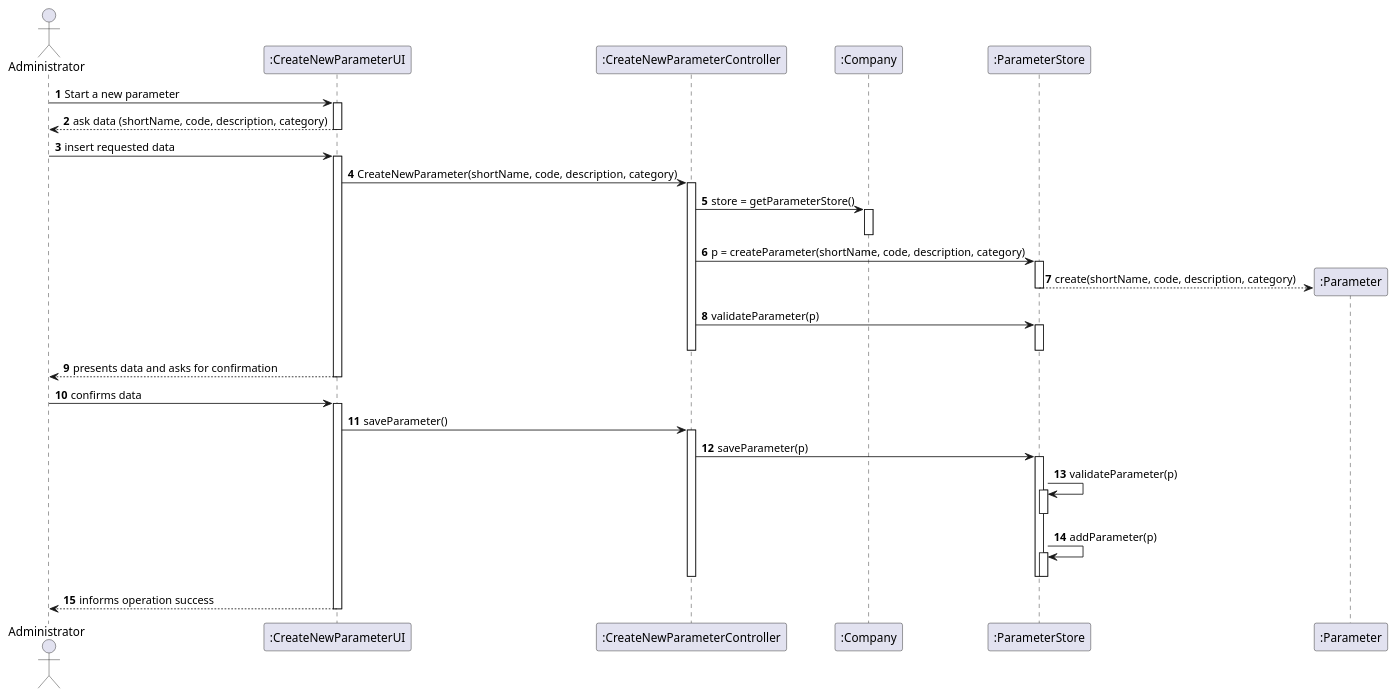
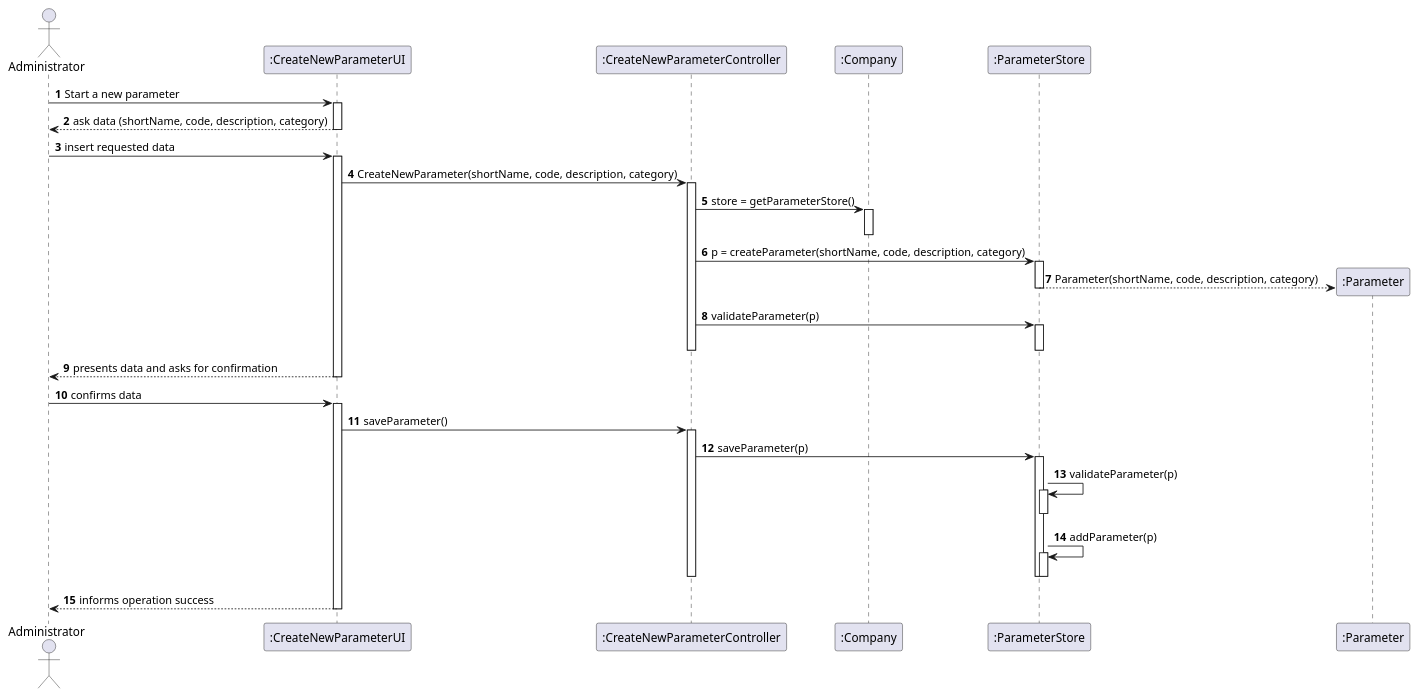
The diagram in docs/SprintB/US10/UC10_SD.puml (GuilhermeCunha79/lapr2), drawn with PlantUML before and after one commit. The commit also changed 26 other files, not shown here.

```diff
--- a/docs/SprintB/US10/UC10_SD.puml
+++ b/docs/SprintB/US10/UC10_SD.puml
@@ -1,52 +1,52 @@
 @startuml
 autonumber
 
 actor "Administrator" as ADMIN
 
 participant ":CreateNewParameterUI" as UI
 participant ":CreateNewParameterController" as CTRL
 participant ":Company" as COMP
 participant ":ParameterStore" as PS
 participant ":Parameter" as P
 
 
 
 ADMIN -> UI : Start a new parameter
 activate UI
 UI --> ADMIN : ask data (shortName, code, description, category)
 deactivate UI
 ADMIN -> UI : insert requested data
 activate UI
     UI -> CTRL : CreateNewParameter(shortName, code, description, category)
     activate CTRL
         CTRL -> COMP : store = getParameterStore()
         activate COMP
         deactivate COMP
         CTRL -> PS : p = createParameter(shortName, code, description, category)
         activate PS
-            PS --> P** : create(shortName, code, description, category)
+            PS --> P** : Parameter(shortName, code, description, category)
         deactivate PS
         CTRL -> PS : validateParameter(p)
         activate PS
         deactivate PS
     deactivate CTRL
     UI --> ADMIN : presents data and asks for confirmation
 deactivate UI
 ADMIN -> UI : confirms data
 activate UI
     UI -> CTRL : saveParameter()
     activate CTRL
         CTRL -> PS : saveParameter(p)
         activate PS
             PS -> PS : validateParameter(p)
             activate PS
             deactivate PS
             PS -> PS : addParameter(p)
             activate PS
             deactivate PS
         deactivate PS
     deactivate CTRL
     UI --> ADMIN : informs operation success
 deactivate UI
 
 @enduml
```
